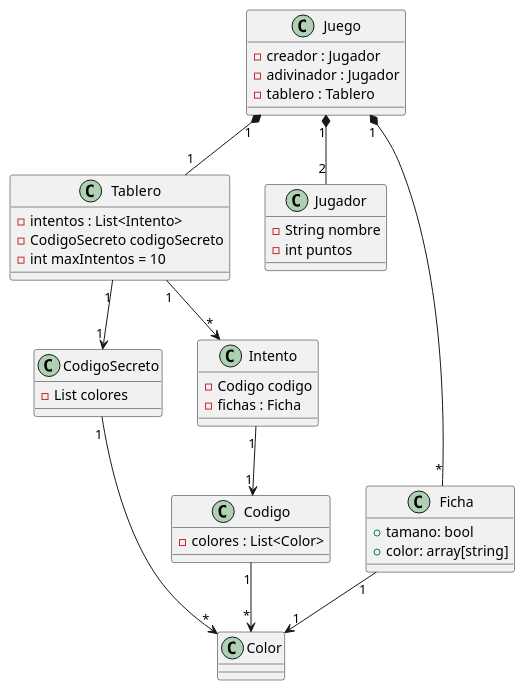
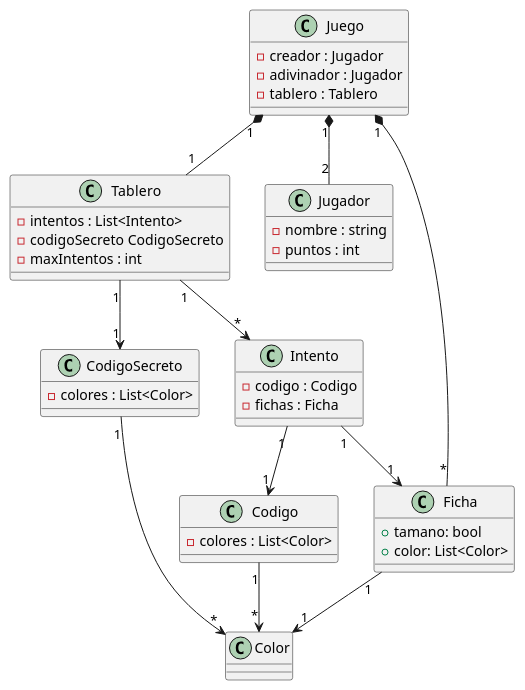
One commit to EduardC421/Paractausgsg changed the diagram in README.md. Above: the diagram before and after it, drawn with PlantUML. The commit also changed other lines of this file, not shown here.

Commit message:
Update README.md
hellosqsd

```diff
--- a/README.md
+++ b/README.md
@@ -1,52 +1,53 @@
 @startuml 
 class Tablero { 
 - intentos : List<Intento> 
-- CodigoSecreto codigoSecreto 
-- int maxIntentos = 10 
+- codigoSecreto CodigoSecreto 
+- maxIntentos : int
 }
 
 class CodigoSecreto { 
-- List colores 
+- colores : List<Color> 
  }
 
 class Intento { 
-- Codigo codigo 
+- codigo : Codigo 
 - fichas : Ficha
 
 }
 
 class Codigo { 
 - colores : List<Color>
  }
 
 class Color {
 }
 
 class Jugador { 
-- String nombre 
-- int puntos 
+- nombre : string
+- puntos : int
 }
 
 class Juego { 
 - creador : Jugador 
 - adivinador : Jugador
 - tablero : Tablero
 }
 
 Class Ficha{
     +tamano: bool
-    +color: array[string]
+    +color: List<Color>
 
 }
 
 Juego "1" *-- "1" Tablero 
 Tablero "1" --> "1" CodigoSecreto 
 Tablero "1" --> "*" Intento 
 Intento "1" --> "1" Codigo 
 CodigoSecreto "1" --> "*" Color 
 Codigo "1" --> "*" Color 
 Juego "1" *-- "2" Jugador 
 Juego "1" *-- "*" Ficha
 Ficha "1" --> "1" Color
+Intento "1" --> "1" Ficha
  
 @enduml
```
